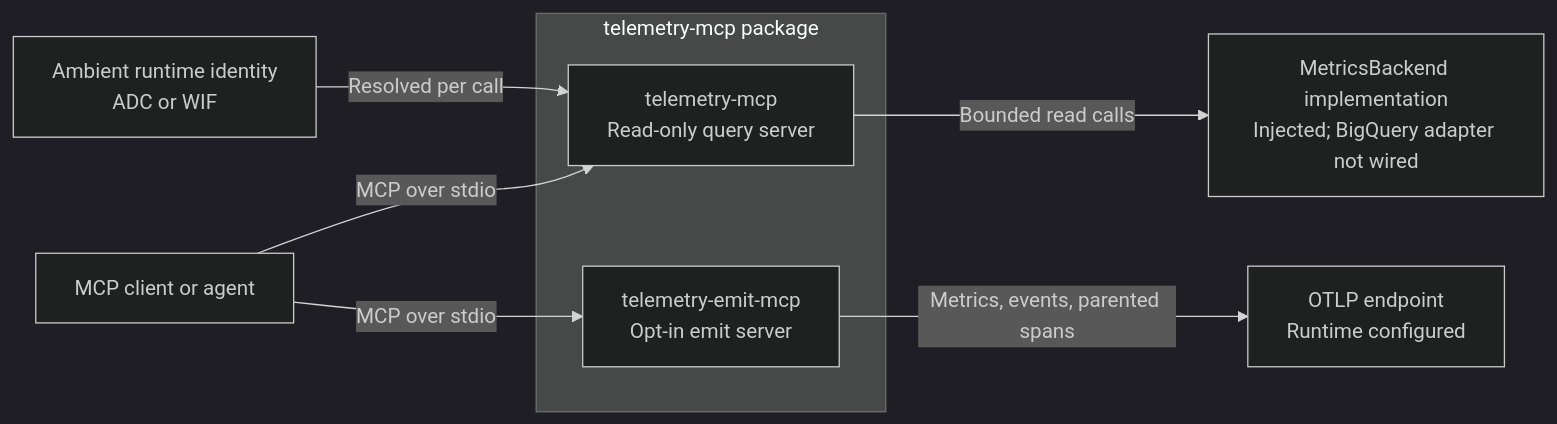
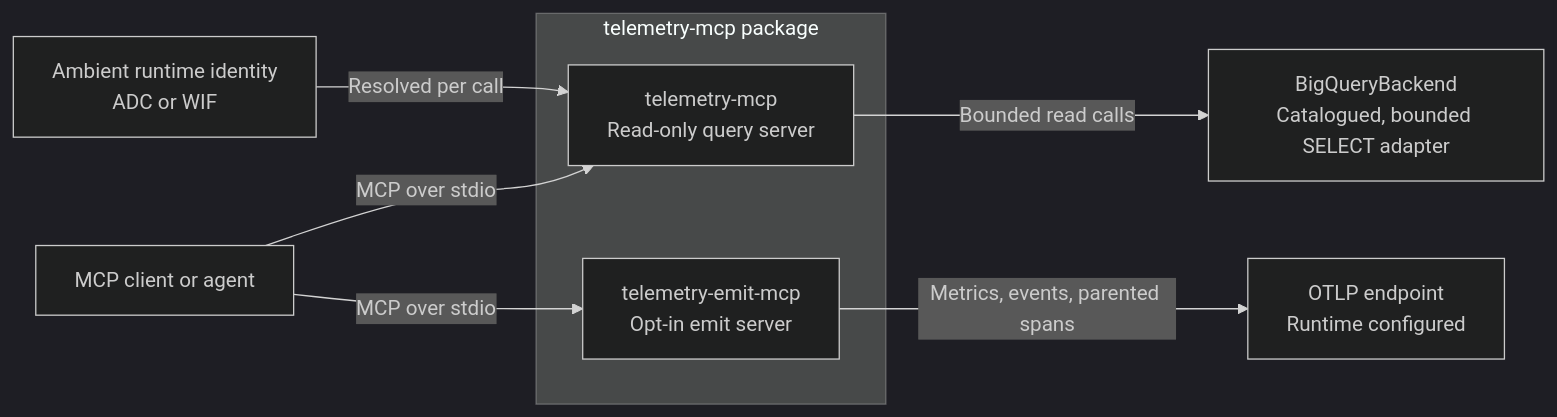
One commit to selamy-labs/telemetry-mcp changed the diagram in docs/architecture/system-context.md. Above: the diagram before and after it, drawn with Mermaid (dark theme). The commit also changed other lines of this file and 6 other files, not shown here.

Commit message:
feat: add bounded BigQuery read adapter (#16)

````diff
--- a/docs/architecture/system-context.md
+++ b/docs/architecture/system-context.md
@@ -7,19 +7,19 @@
 ```mermaid
 flowchart LR
     client["MCP client or agent"]
 
     subgraph package["telemetry-mcp package"]
         query["telemetry-mcp<br/>Read-only query server"]
         emit["telemetry-emit-mcp<br/>Opt-in emit server"]
     end
 
-    backend["MetricsBackend implementation<br/>Injected; BigQuery adapter not wired"]
+    backend["BigQueryBackend<br/>Catalogued, bounded SELECT adapter"]
     identity["Ambient runtime identity<br/>ADC or WIF"]
     otlp["OTLP endpoint<br/>Runtime configured"]
 
     client -->|"MCP over stdio"| query
     client -->|"MCP over stdio"| emit
     query -->|"Bounded read calls"| backend
     identity -->|"Resolved per call"| query
     emit -->|"Metrics, events, parented spans"| otlp
 ```
````
